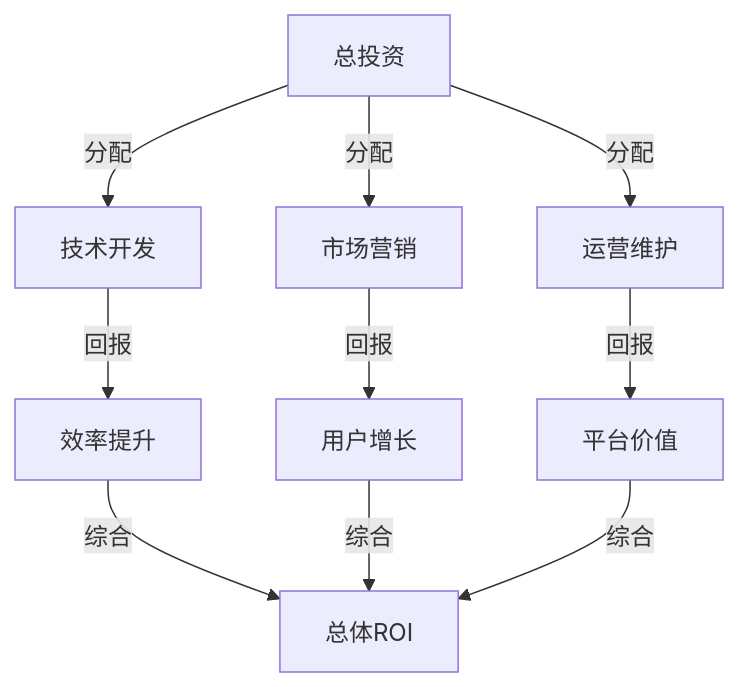
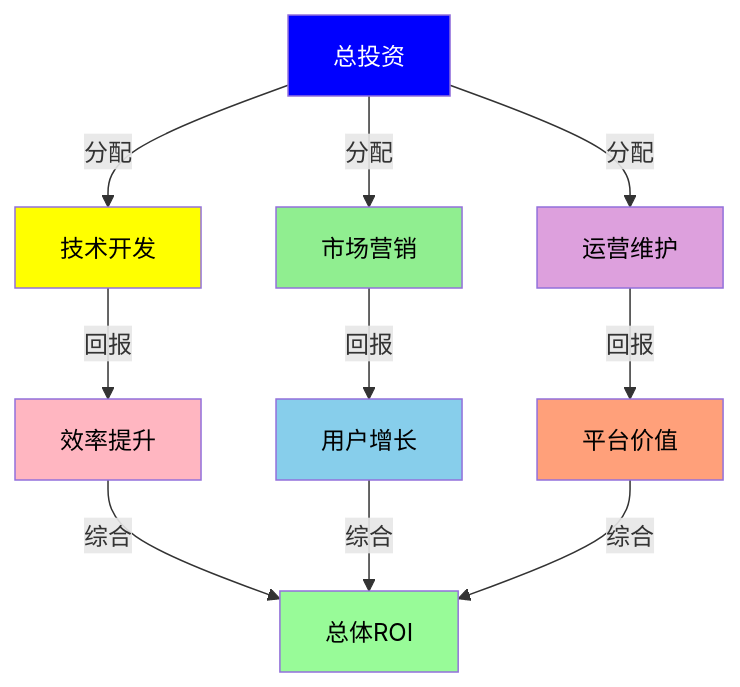
The first of 20 diagrams in docs/roi-analysis.md (MEMEFANS/memefans), drawn with Mermaid before and after one commit. The commit also changed other lines of this file and 15 other files, not shown here.

Commit message:
docs: update Mermaid diagram formats to use HTML div format for better rendering

````diff
--- a/docs/roi-analysis.md
+++ b/docs/roi-analysis.md
@@ -5,12 +5,21 @@
-```mermaid
+<div class="mermaid">
 graph TD
     A[总投资] -->|分配| B[技术开发]
     A -->|分配| C[市场营销]
     A -->|分配| D[运营维护]
     B -->|回报| E[效率提升]
     C -->|回报| F[用户增长]
     D -->|回报| G[平台价值]
     E -->|综合| H[总体ROI]
     F -->|综合| H
     G -->|综合| H
-```
+
+    style A fill:#0000FF,color:#FFFFFF
+    style B fill:#FFFF00,color:#000000
+    style C fill:#90EE90,color:#000000
+    style D fill:#DDA0DD,color:#000000
+    style E fill:#FFB6C1,color:#000000
+    style F fill:#87CEEB,color:#000000
+    style G fill:#FFA07A,color:#000000
+    style H fill:#98FB98,color:#000000
+</div>
````
